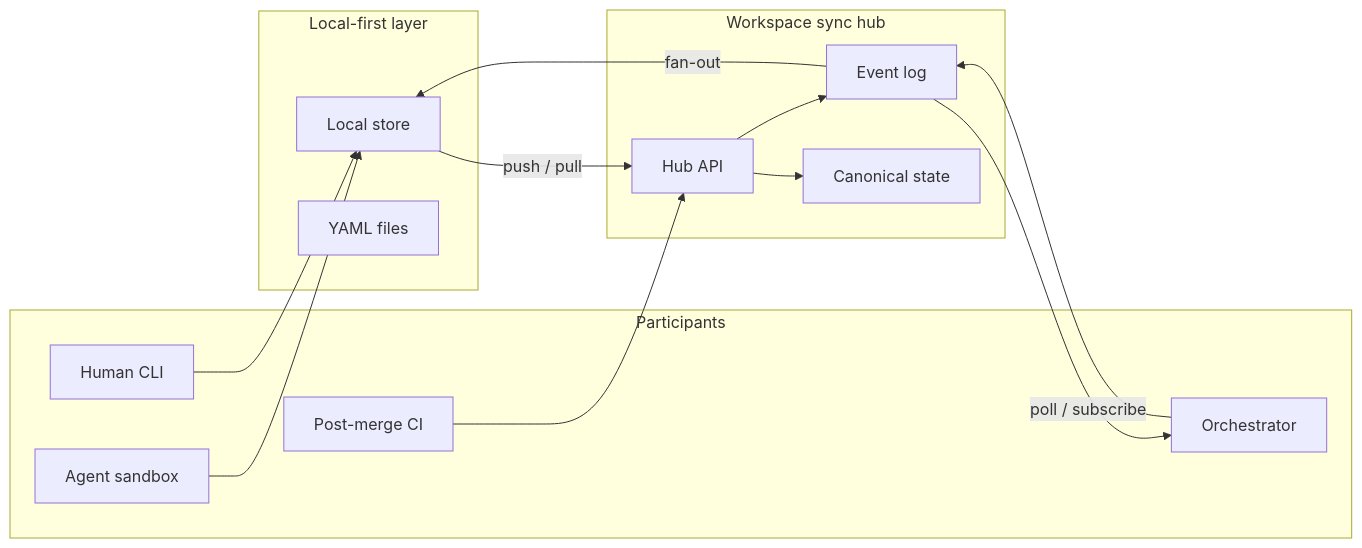
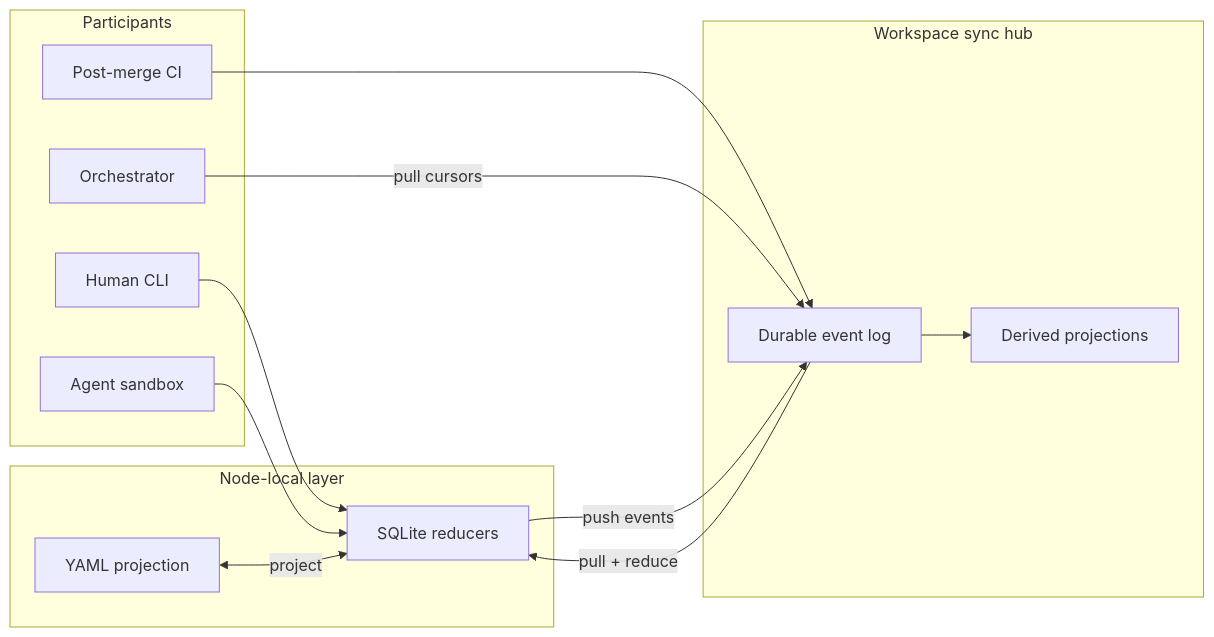
Before and after one commit to ngwese/track: the second of 5 diagrams in docs/SRD.md, drawn with Mermaid. The commit also changed other lines of this file and 9 other files, not shown here.

First line of the commit message:
docs: reconcile replication architecture across prd, srd, and adrs

````diff
--- a/docs/SRD.md
+++ b/docs/SRD.md
@@ -1155,30 +1285,28 @@
 ```mermaid
 flowchart LR
-    subgraph clients [Participants]
+    subgraph participants [Participants]
         Human[Human CLI]
         Agent[Agent sandbox]
         CI[Post-merge CI]
         Orch[Orchestrator]
     end
 
-    subgraph local [Local-first layer]
-        L1[Local store]
-        L2[YAML files]
+    subgraph node [Node-local layer]
+        L1[SQLite reducers]
+        L2[YAML projection]
     end
 
     subgraph hub [Workspace sync hub]
-        API[Hub API]
-        Events[Event log]
-        Canon[Canonical state]
+        Log[Durable event log]
+        Proj[Derived projections]
     end
 
     Human --> L1
     Agent --> L1
-    CI --> API
-    Orch -->|poll / subscribe| Events
-    L1 -->|push / pull| API
-    API --> Canon
-    API --> Events
-    Events -->|fan-out| L1
-    Events --> Orch
+    CI --> Log
+    Orch -->|pull cursors| Log
+    L1 -->|push events| Log
+    Log -->|pull + reduce| L1
+    L2 <-->|project| L1
+    Log --> Proj
 ```
````
